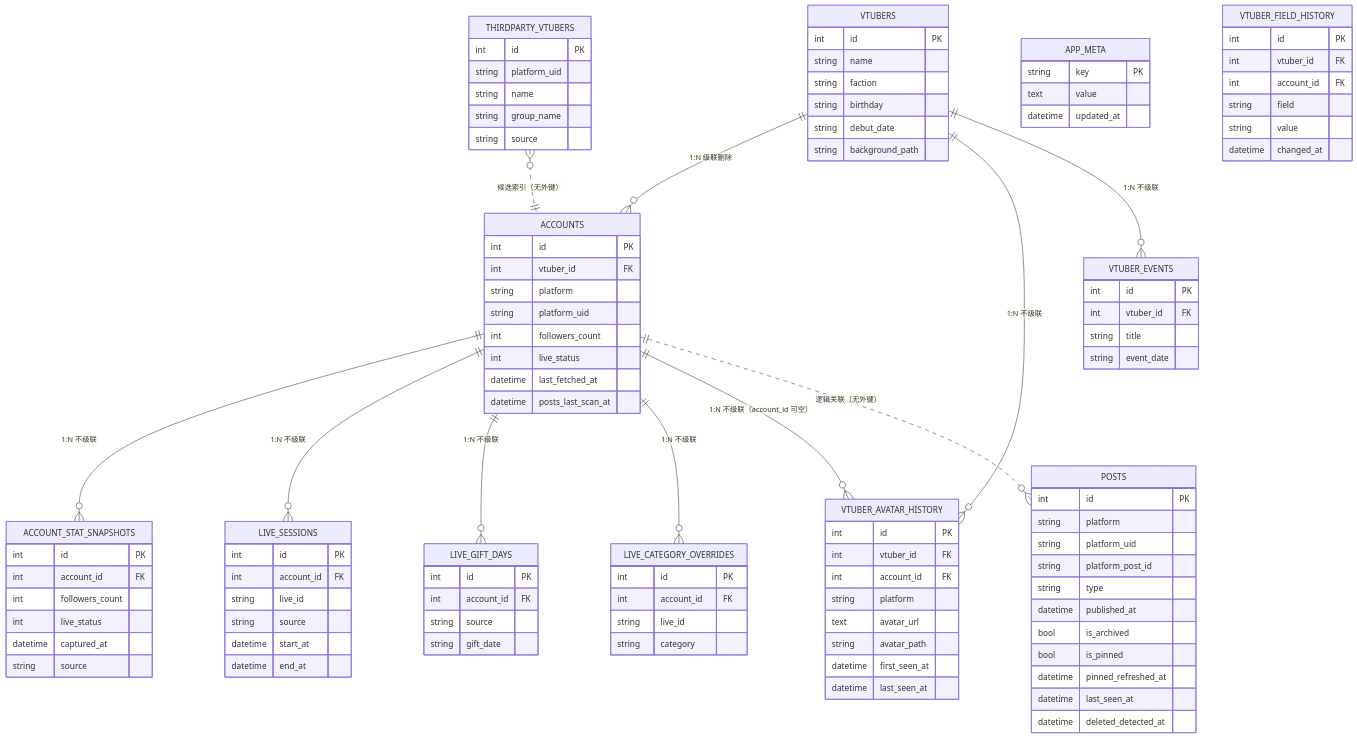
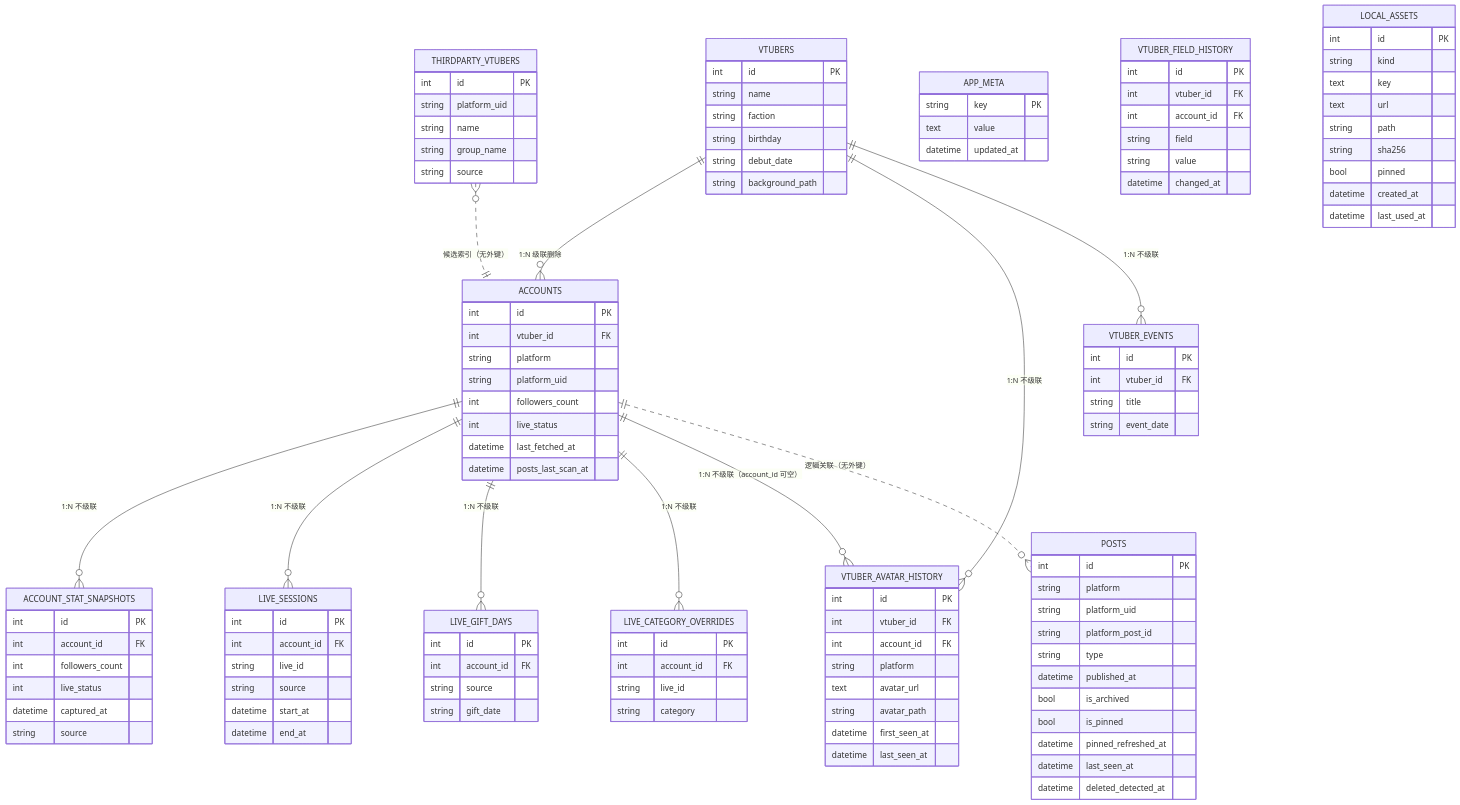
The second of 8 diagrams in docs/ARCHITECTURE.md (Mrslippe/DDToolkit), drawn with Mermaid before and after one commit. The commit also changed other lines of this file and 26 other files, not shown here.

First line of the commit message:
﻿feat(assets): L1 轻资产模块地基 —— local_assets 索引 + 头像接入（迁移 f009，A 档）

````diff
--- a/docs/ARCHITECTURE.md
+++ b/docs/ARCHITECTURE.md
@@ -182,4 +184,15 @@
     datetime first_seen_at
     datetime last_seen_at
   }
+  LOCAL_ASSETS {
+    int id PK
+    string kind
+    text key
+    text url
+    string path
+    string sha256
+    bool pinned
+    datetime created_at
+    datetime last_used_at
+  }
 ```
````
